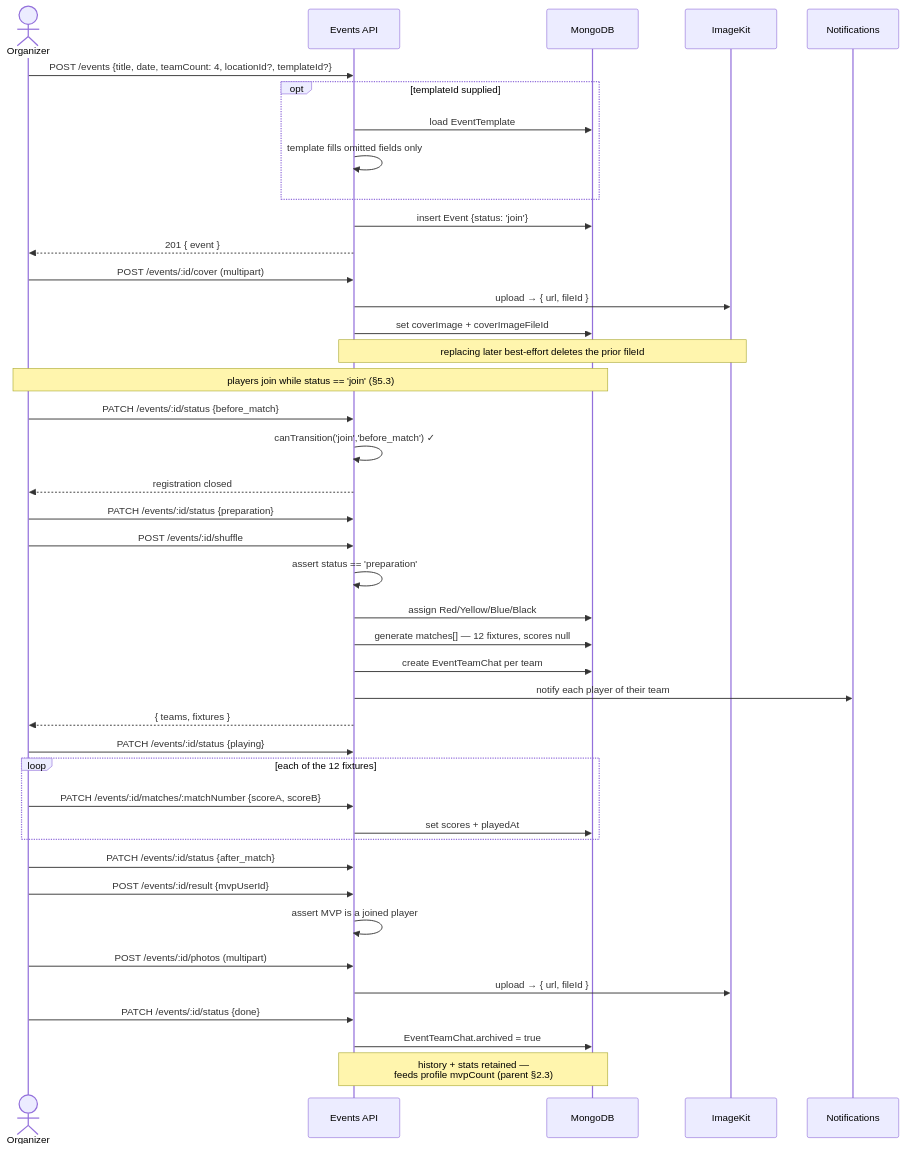
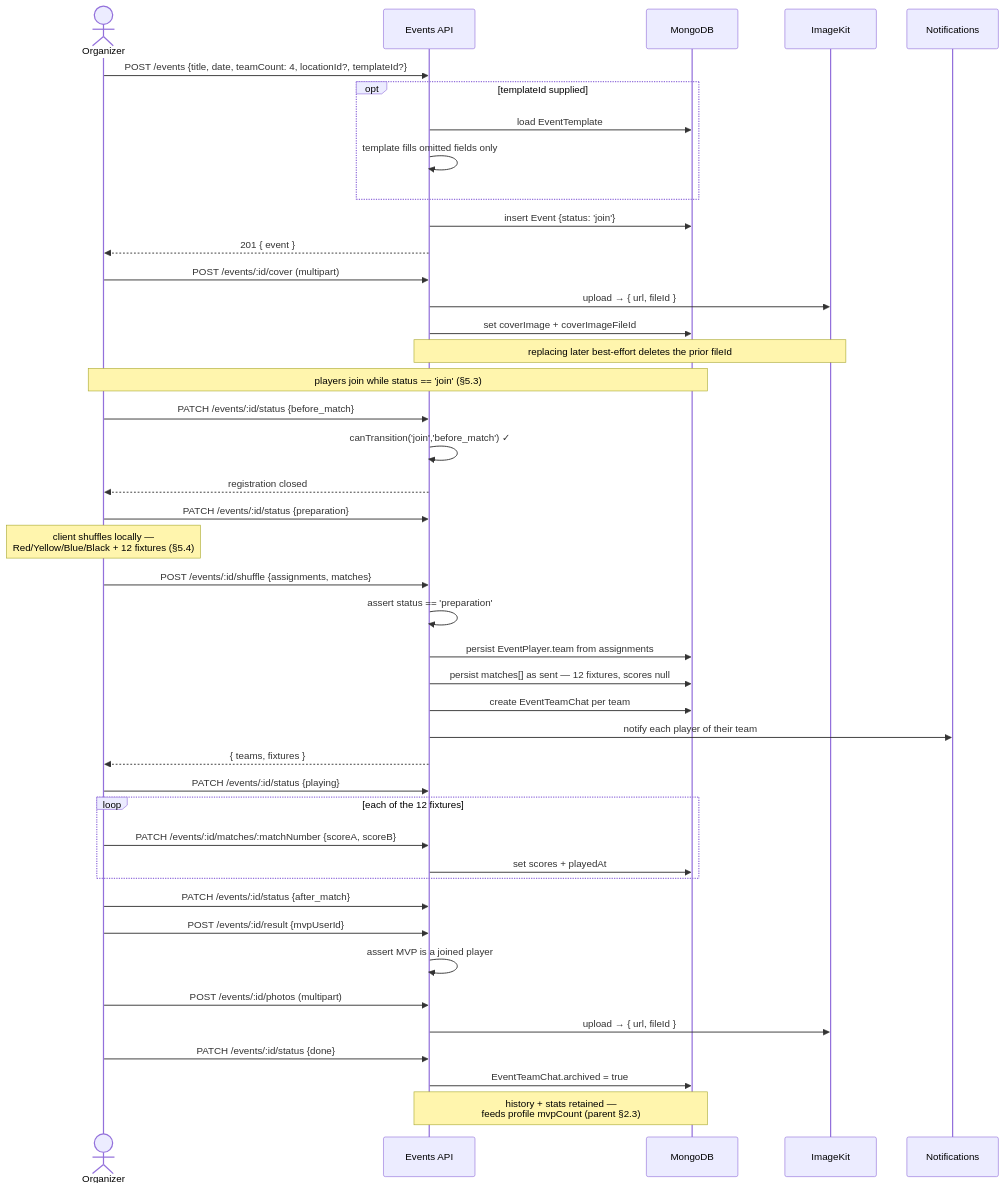
The diagram in docs/superpowers/diagrams/events-5-2-organizer-happy-path.mmd (heinlinaung/kickr_backend), drawn with Mermaid before and after one commit. The commit also changed 3 other files, not shown here.

First line of the commit message:
Events spec: move shuffle to the client, API persists only

```diff
--- a/docs/superpowers/diagrams/events-5-2-organizer-happy-path.mmd
+++ b/docs/superpowers/diagrams/events-5-2-organizer-happy-path.mmd
@@ -1,53 +1,54 @@
 %% 5.2 Organizer happy path — create to archive
 %% Source of truth for this diagram. Rendered from ../specs/2026-08-03-events-feature-spec.md §5.2
 %% Edit here, not in the spec — the spec links to this file.
 sequenceDiagram
     actor O as Organizer
     participant API as Events API
     participant DB as MongoDB
     participant IK as ImageKit
     participant N as Notifications
 
     O->>API: POST /events {title, date, teamCount: 4, locationId?, templateId?}
     opt templateId supplied
         API->>DB: load EventTemplate
         API->>API: template fills omitted fields only
     end
     API->>DB: insert Event {status: 'join'}
     API-->>O: 201 { event }
 
     O->>API: POST /events/:id/cover (multipart)
     API->>IK: upload → { url, fileId }
     API->>DB: set coverImage + coverImageFileId
     Note over API,IK: replacing later best-effort deletes the prior fileId
 
     Note over O,DB: players join while status == 'join' (§5.3)
 
     O->>API: PATCH /events/:id/status {before_match}
     API->>API: canTransition('join','before_match') ✓
     API-->>O: registration closed
 
     O->>API: PATCH /events/:id/status {preparation}
-    O->>API: POST /events/:id/shuffle
+    Note over O: client shuffles locally —<br/>Red/Yellow/Blue/Black + 12 fixtures (§5.4)
+    O->>API: POST /events/:id/shuffle {assignments, matches}
     API->>API: assert status == 'preparation'
-    API->>DB: assign Red/Yellow/Blue/Black
-    API->>DB: generate matches[] — 12 fixtures, scores null
+    API->>DB: persist EventPlayer.team from assignments
+    API->>DB: persist matches[] as sent — 12 fixtures, scores null
     API->>DB: create EventTeamChat per team
     API->>N: notify each player of their team
     API-->>O: { teams, fixtures }
 
     O->>API: PATCH /events/:id/status {playing}
     loop each of the 12 fixtures
         O->>API: PATCH /events/:id/matches/:matchNumber {scoreA, scoreB}
         API->>DB: set scores + playedAt
     end
 
     O->>API: PATCH /events/:id/status {after_match}
     O->>API: POST /events/:id/result {mvpUserId}
     API->>API: assert MVP is a joined player
     O->>API: POST /events/:id/photos (multipart)
     API->>IK: upload → { url, fileId }
 
     O->>API: PATCH /events/:id/status {done}
     API->>DB: EventTeamChat.archived = true
     Note over API,DB: history + stats retained —<br/>feeds profile mvpCount (parent §2.3)
```
